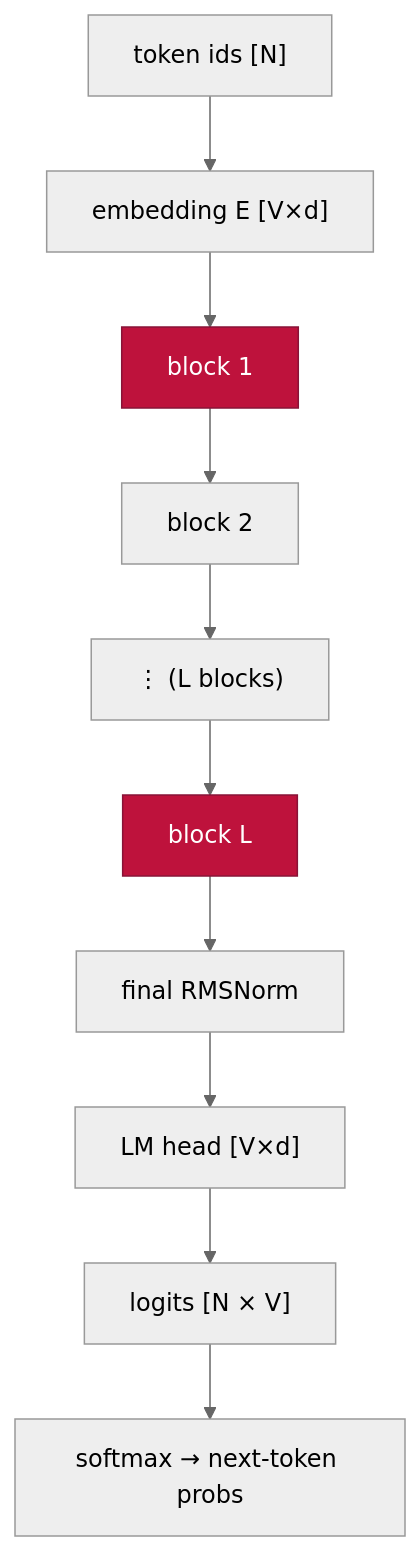
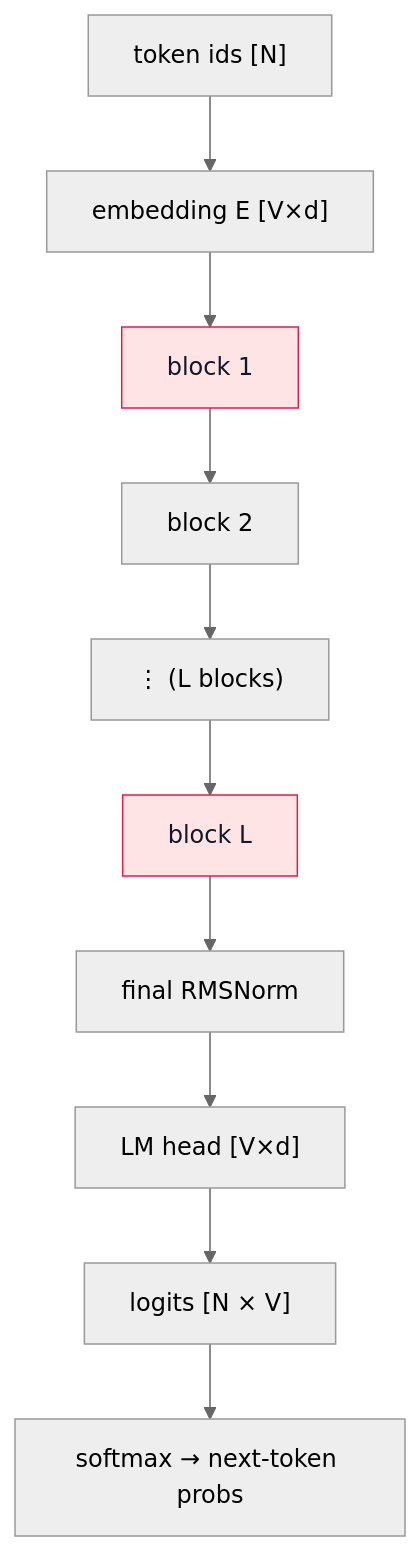
Before and after one commit to youyun8/deep-kernel-handbook: the ninth of 10 diagrams in docs/foundations/transformer-from-scratch.md, drawn with Mermaid (neutral theme). The commit also changed other lines of this file and 10 other files, not shown here.

Commit message:
docs: fix diagram contrast and home title

````diff
--- a/docs/foundations/transformer-from-scratch.md
+++ b/docs/foundations/transformer-from-scratch.md
@@ -244,15 +244,15 @@
 ```mermaid
 flowchart TD
     TOK["token ids [N]"] --> EMB["embedding E [V×d]"]
     EMB --> B1["block 1"]
     B1 --> B2["block 2"]
     B2 --> BD["⋮ (L blocks)"]
     BD --> BL["block L"]
     BL --> FN["final RMSNorm"]
     FN --> LMH["LM head [V×d]"]
     LMH --> LOG["logits [N × V]"]
     LOG --> SM["softmax → next-token probs"]
     class B1 accRose;
     class BL accRose;
-    classDef accRose fill:#be123c,stroke:#881337,color:#fff;
+    classDef accRose fill:#ffe4e6,stroke:#e11d48,color:#111827;
 ```
````
